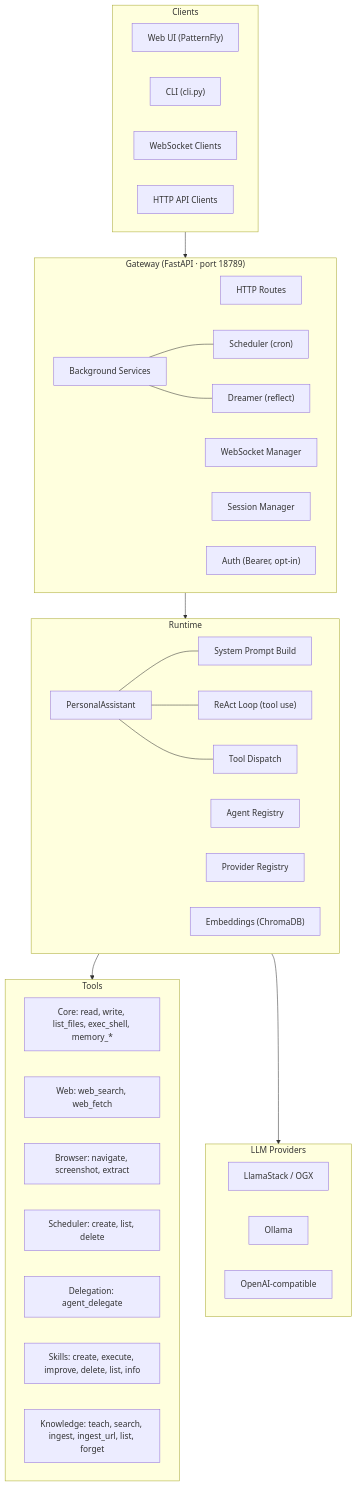
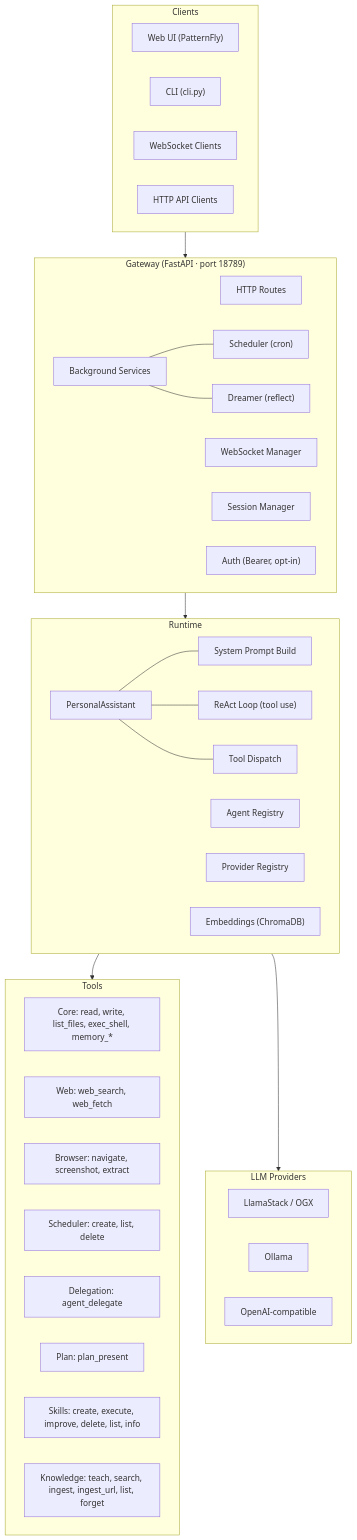
The first of 17 diagrams in docs/architecture.md (jkeam/kit), drawn with Mermaid before and after one commit. The commit also changed other lines of this file and 26 other files, not shown here.

````diff
--- a/docs/architecture.md
+++ b/docs/architecture.md
@@ -33,56 +33,57 @@
 ```mermaid
 graph TB
     subgraph Clients
         WebUI["Web UI (PatternFly)"]
         CLI["CLI (cli.py)"]
         WS["WebSocket Clients"]
         HTTP["HTTP API Clients"]
     end
 
     subgraph Gateway["Gateway (FastAPI · port 18789)"]
         Routes["HTTP Routes"]
         WSMgr["WebSocket Manager"]
         SessMgr["Session Manager"]
         Auth["Auth (Bearer, opt-in)"]
         BG["Background Services"]
         Sched["Scheduler (cron)"]
         Dream["Dreamer (reflect)"]
         BG --- Sched
         BG --- Dream
     end
 
     subgraph Runtime
         PA["PersonalAssistant"]
         SysPrompt["System Prompt Build"]
         ReAct["ReAct Loop (tool use)"]
         ToolDisp["Tool Dispatch"]
         PA --- SysPrompt
         PA --- ReAct
         PA --- ToolDisp
 
         AgentReg["Agent Registry"]
         ProvReg["Provider Registry"]
         Embed["Embeddings (ChromaDB)"]
     end
 
     subgraph Tools
         Core["Core: read, write, list_files, exec_shell, memory_*"]
         Web["Web: web_search, web_fetch"]
         Browser["Browser: navigate, screenshot, extract"]
         SchedTools["Scheduler: create, list, delete"]
         Deleg["Delegation: agent_delegate"]
+        PlanTools["Plan: plan_present"]
         SkillTools["Skills: create, execute, improve, delete, list, info"]
         KnowTools["Knowledge: teach, search, ingest, ingest_url, list, forget"]
     end
 
     subgraph LLM["LLM Providers"]
         LS["LlamaStack / OGX"]
         Ollama["Ollama"]
         OAI["OpenAI-compatible"]
     end
 
     Clients --> Gateway
     Gateway --> Runtime
     Runtime --> Tools
     Runtime --> LLM
 ```
````
